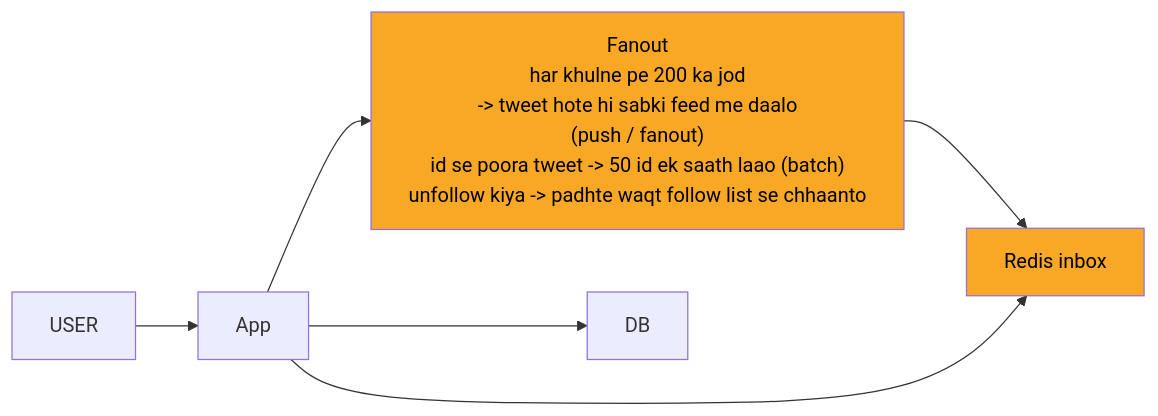
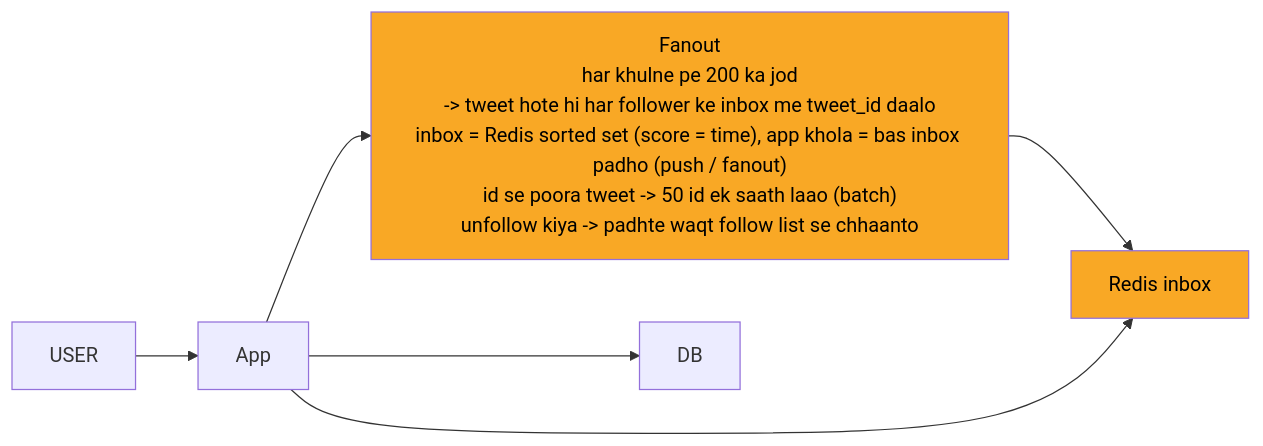
The second of 12 diagrams in 04_HLD/SYSTEM_DESIGNS/03_twitter_feed/03_twitter_feed.md (ArpanMaheshwari144/Prep), drawn with Mermaid before and after one commit. The commit also changed other lines of this file and 13 other files, not shown here.

````diff
--- a/04_HLD/SYSTEM_DESIGNS/03_twitter_feed/03_twitter_feed.md
+++ b/04_HLD/SYSTEM_DESIGNS/03_twitter_feed/03_twitter_feed.md
@@ -104,16 +108,16 @@
 ```mermaid
 %%{init: {"flowchart": {"wrappingWidth": 450}}}%%
 flowchart LR
     n_USER["USER"]
     n_App["App"]
-    n_Fanout["Fanout<br/>har khulne pe 200 ka jod<br/>-> tweet hote hi sabki feed me daalo<br/>(push / fanout)<br/>id se poora tweet -> 50 id ek saath laao (batch)<br/>unfollow kiya -> padhte waqt follow list se chhaanto"]
+    n_Fanout["Fanout<br/>har khulne pe 200 ka jod<br/>-> tweet hote hi har follower ke inbox me tweet_id daalo<br/>inbox = Redis sorted set (score = time), app khola = bas inbox padho (push / fanout)<br/>id se poora tweet -> 50 id ek saath laao (batch)<br/>unfollow kiya -> padhte waqt follow list se chhaanto"]
     n_Redis_inbox["Redis inbox"]
     n_DB["DB"]
     n_USER --> n_App
     n_App --> n_Fanout
     n_App --> n_DB
     n_Fanout --> n_Redis_inbox
     n_App --> n_Redis_inbox
     style n_Fanout fill:#f9a825,color:#000
     style n_Redis_inbox fill:#f9a825,color:#000
 ```
````
